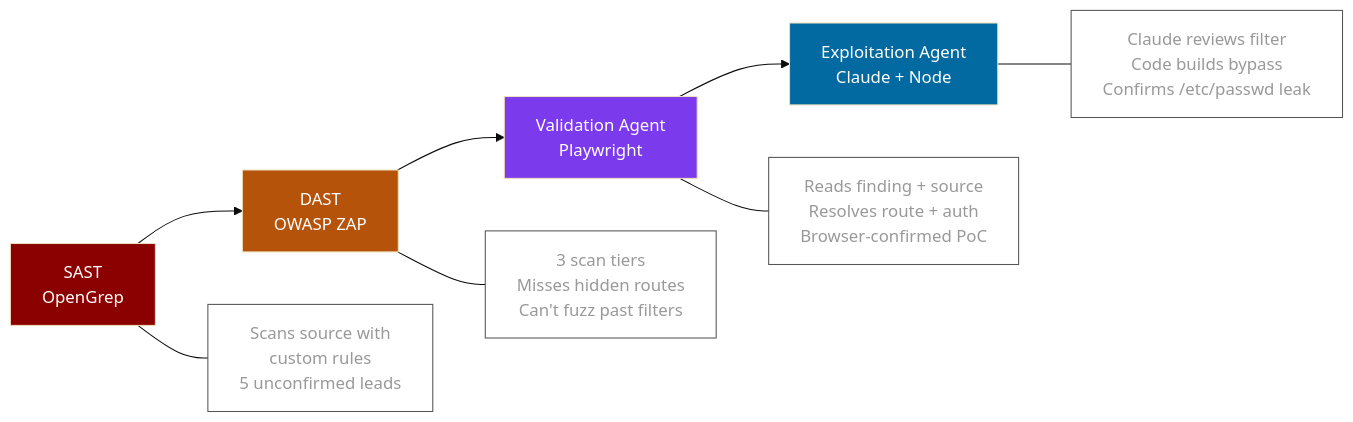
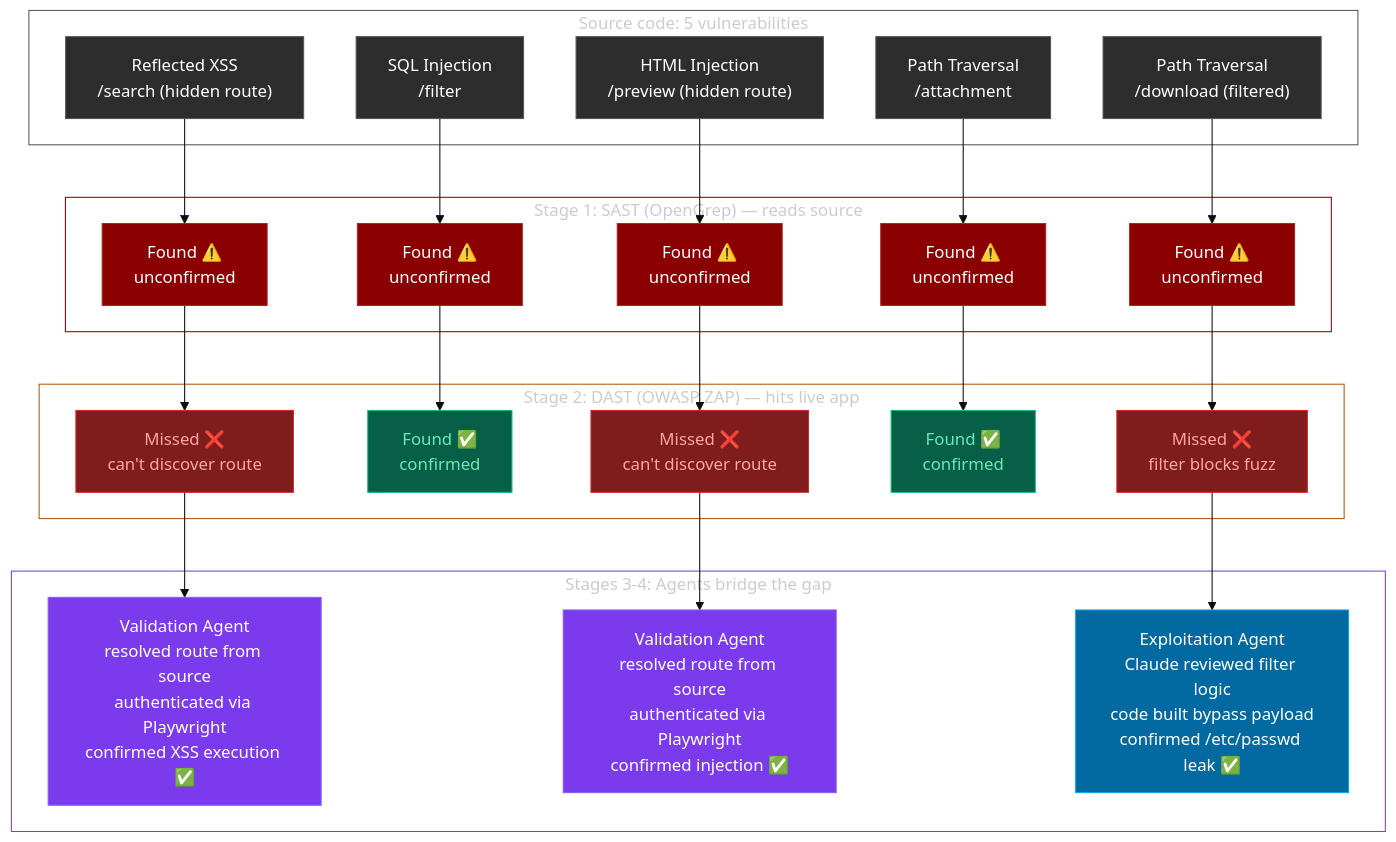
Before and after one commit to adamtamenne/autonomous-vuln-research: the diagram in README.md, drawn with Mermaid (base theme).

Commit message:
updated mermaid

````diff
--- a/README.md
+++ b/README.md
@@ -9,20 +9,65 @@
 ```mermaid
-flowchart LR
-    A["SAST\nOpenGrep"] --> B["DAST\nOWASP ZAP"]
-    B --> C["Validation Agent\nPlaywright"]
-    C --> D["Exploitation Agent\nClaude + Node"]
+flowchart TD
+    subgraph SOURCE ["Source code: 5 vulnerabilities"]
+        V1["Reflected XSS\n/search (hidden route)"]
+        V2["SQL Injection\n/filter"]
+        V3["HTML Injection\n/preview (hidden route)"]
+        V4["Path Traversal\n/attachment"]
+        V5["Path Traversal\n/download (filtered)"]
+    end
 
-    A --- A1["Scans source with\ncustom rules\n5 unconfirmed leads"]
-    B --- B1["3 scan tiers\nMisses hidden routes\nCan't fuzz past filters"]
-    C --- C1["Reads finding + source\nResolves route + auth\nBrowser-confirmed PoC"]
-    D --- D1["Claude reviews filter\nCode builds bypass\nConfirms /etc/passwd leak"]
+    subgraph SAST ["Stage 1: SAST (OpenGrep) — reads source"]
+        S1["Found ⚠️\nunconfirmed"]
+        S2["Found ⚠️\nunconfirmed"]
+        S3["Found ⚠️\nunconfirmed"]
+        S4["Found ⚠️\nunconfirmed"]
+        S5["Found ⚠️\nunconfirmed"]
+    end
 
-    style A fill:#8b0000,color:#fff
-    style B fill:#b45309,color:#fff
-    style C fill:#7c3aed,color:#fff
-    style D fill:#0369a1,color:#fff
-    style A1 fill:none,color:#999,stroke:#555
-    style B1 fill:none,color:#999,stroke:#555
-    style C1 fill:none,color:#999,stroke:#555
-    style D1 fill:none,color:#999,stroke:#555
+    subgraph DAST ["Stage 2: DAST (OWASP ZAP) — hits live app"]
+        D1["Missed ❌\ncan't discover route"]
+        D2["Found ✅\nconfirmed"]
+        D3["Missed ❌\ncan't discover route"]
+        D4["Found ✅\nconfirmed"]
+        D5["Missed ❌\nfilter blocks fuzz"]
+    end
+
+    subgraph AGENTS ["Stages 3-4: Agents bridge the gap"]
+        A1["Validation Agent\nresolved route from source\nauthenticated via Playwright\nconfirmed XSS execution ✅"]
+        A3["Validation Agent\nresolved route from source\nauthenticated via Playwright\nconfirmed injection ✅"]
+        A5["Exploitation Agent\nClaude reviewed filter logic\ncode built bypass payload\nconfirmed /etc/passwd leak ✅"]
+    end
+
+    V1 --> S1 --> D1 --> A1
+    V2 --> S2 --> D2
+    V3 --> S3 --> D3 --> A3
+    V4 --> S4 --> D4
+    V5 --> S5 --> D5 --> A5
+
+    style SOURCE fill:none,stroke:#555,color:#ccc
+    style SAST fill:none,stroke:#8b0000,color:#ccc
+    style DAST fill:none,stroke:#b45309,color:#ccc
+    style AGENTS fill:none,stroke:#7c3aed,color:#ccc
+
+    style V1 fill:#2d2d2d,color:#fff,stroke:#555
+    style V2 fill:#2d2d2d,color:#fff,stroke:#555
+    style V3 fill:#2d2d2d,color:#fff,stroke:#555
+    style V4 fill:#2d2d2d,color:#fff,stroke:#555
+    style V5 fill:#2d2d2d,color:#fff,stroke:#555
+
+    style S1 fill:#8b0000,color:#fff,stroke:#b22222
+    style S2 fill:#8b0000,color:#fff,stroke:#b22222
+    style S3 fill:#8b0000,color:#fff,stroke:#b22222
+    style S4 fill:#8b0000,color:#fff,stroke:#b22222
+    style S5 fill:#8b0000,color:#fff,stroke:#b22222
+
+    style D1 fill:#7f1d1d,color:#fca5a5,stroke:#dc2626
+    style D2 fill:#065f46,color:#6ee7b7,stroke:#10b981
+    style D3 fill:#7f1d1d,color:#fca5a5,stroke:#dc2626
+    style D4 fill:#065f46,color:#6ee7b7,stroke:#10b981
+    style D5 fill:#7f1d1d,color:#fca5a5,stroke:#dc2626
+
+    style A1 fill:#7c3aed,color:#fff,stroke:#8b5cf6
+    style A3 fill:#7c3aed,color:#fff,stroke:#8b5cf6
+    style A5 fill:#0369a1,color:#fff,stroke:#0ea5e9
 ```
````
